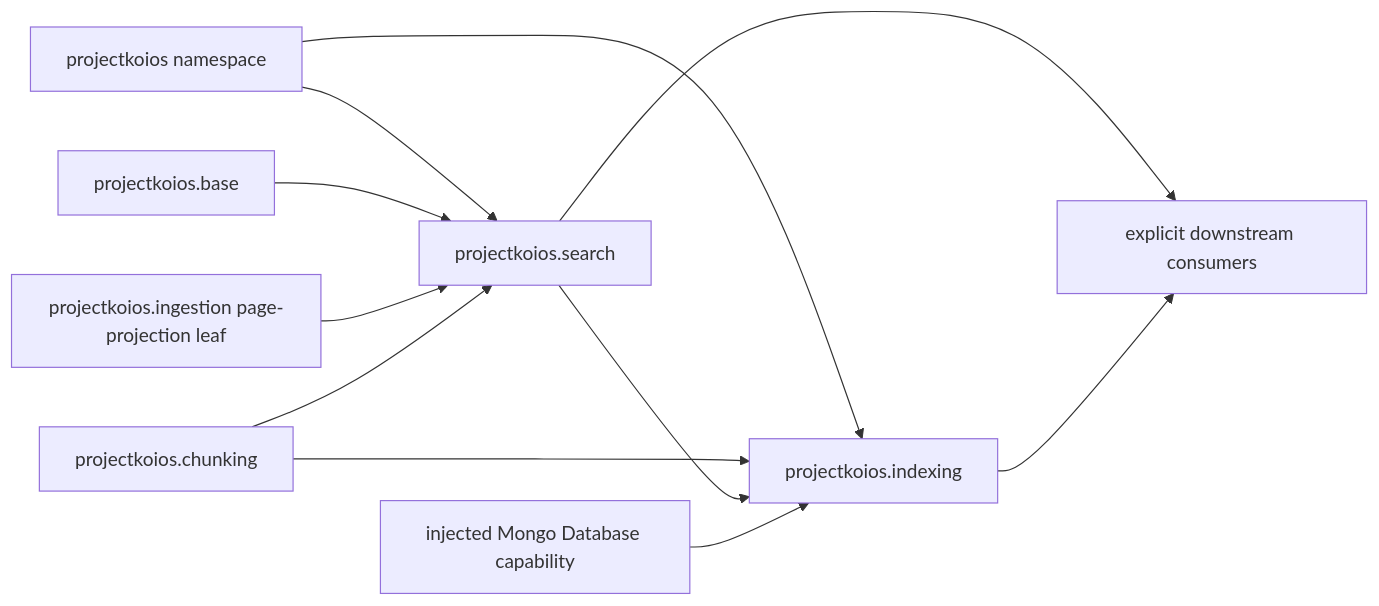
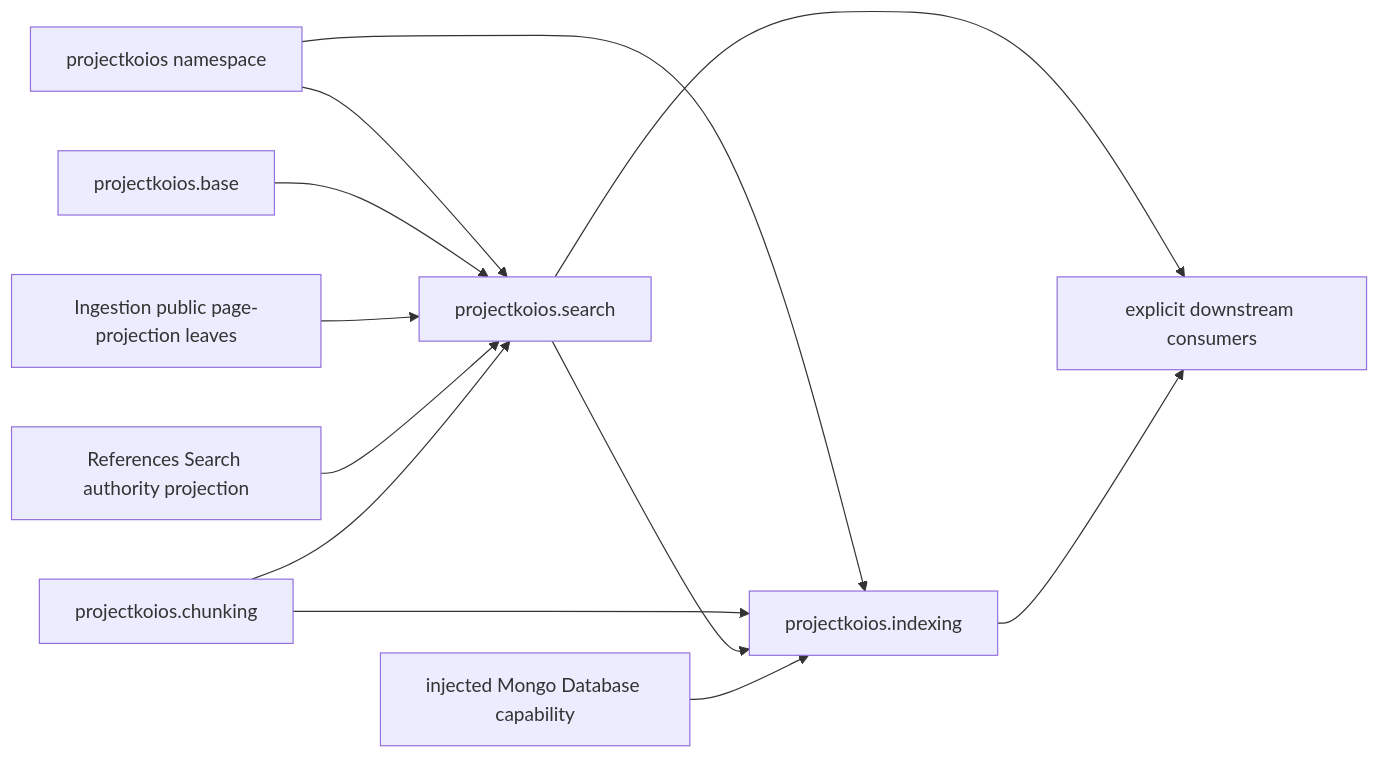
One commit to eragasa/projectkoios-search changed the diagram in docs/architecture/projectkoios/schematic.md. Above: the diagram before and after it, drawn with Mermaid. The commit also changed other lines of this file and 23 other files, not shown here.

````diff
--- a/docs/architecture/projectkoios/schematic.md
+++ b/docs/architecture/projectkoios/schematic.md
@@ -3,13 +3,14 @@
 ```mermaid
 flowchart LR
     Namespace["projectkoios namespace"] --> Search["projectkoios.search"]
     Namespace --> Indexing["projectkoios.indexing"]
     Base["projectkoios.base"] --> Search
-    Ingestion["projectkoios.ingestion page-projection leaf"] --> Search
+    Ingestion["Ingestion public page-projection leaves"] --> Search
+    References["References Search authority projection"] --> Search
     Chunking["projectkoios.chunking"] --> Search
     Chunking --> Indexing
     Search --> Indexing
     Mongo["injected Mongo Database capability"] --> Indexing
     Search --> Consumers["explicit downstream consumers"]
     Indexing --> Consumers
 ```
````
